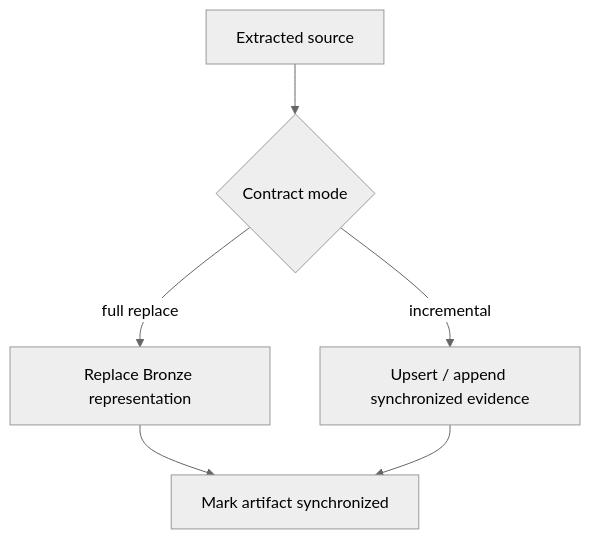
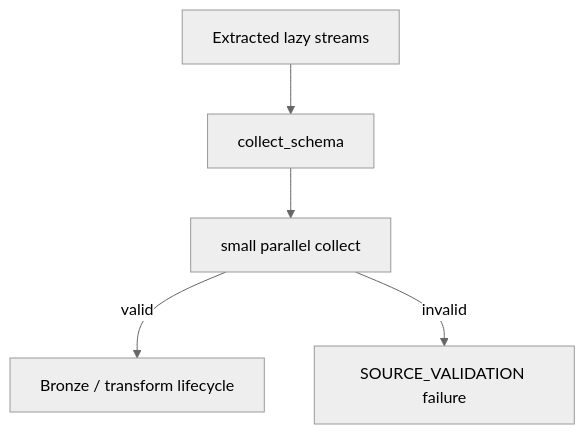
One commit to tks18/personal-finance-etl changed the fifth of 11 diagrams in docs/architecture/data-lifecycle.md. Above: the diagram before and after it, drawn with Mermaid (neutral theme). The commit also changed other lines of this file and 10 other files, not shown here.

Commit message:
docs: update docs/architecture for latest version

````diff
--- a/docs/architecture/data-lifecycle.md
+++ b/docs/architecture/data-lifecycle.md
@@ -190,8 +226,7 @@
 ```mermaid
-flowchart TB
-    EX[Extracted source] --> MODE{Contract mode}
-    MODE -->|full replace| FR[Replace Bronze representation]
-    MODE -->|incremental| INCR[Upsert / append synchronized evidence]
-    FR --> SYNC[Mark artifact synchronized]
-    INCR --> SYNC
+flowchart TD
+    E[Extracted lazy streams] --> S[collect_schema]
+    S --> P[small parallel collect]
+    P -->|valid| NEXT[Bronze / transform lifecycle]
+    P -->|invalid| FAIL[SOURCE_VALIDATION failure]
 ```
````
